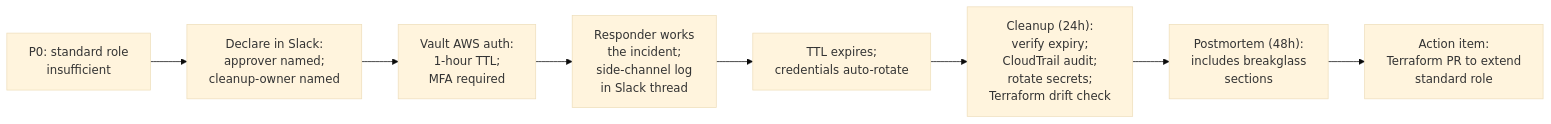
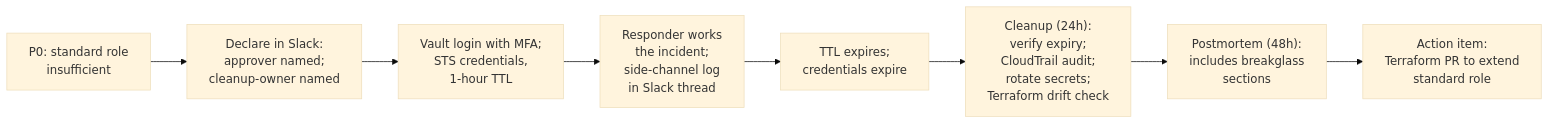
The second of 2 diagrams in full-guide/15-day-to-day-production-ops/09-hotfix-workflow-and-breakglass.md (abd-ulbasit/bookstore-kubernetes-guide), drawn with Mermaid (base theme) before and after one commit. The commit also changed other lines of this file and 3 other files, not shown here.

````diff
--- a/full-guide/15-day-to-day-production-ops/09-hotfix-workflow-and-breakglass.md
+++ b/full-guide/15-day-to-day-production-ops/09-hotfix-workflow-and-breakglass.md
@@ -201,13 +235,13 @@
 ```mermaid
 flowchart LR
     p0["P0: standard role<br/>insufficient"]
     declare["Declare in Slack:<br/>approver named;<br/>cleanup-owner named"]
-    assume["Vault AWS auth:<br/>1-hour TTL;<br/>MFA required"]
+    assume["Vault login with MFA;<br/>STS credentials,<br/>1-hour TTL"]
     work["Responder works<br/>the incident;<br/>side-channel log<br/>in Slack thread"]
-    expire["TTL expires;<br/>credentials auto-rotate"]
+    expire["TTL expires;<br/>credentials expire"]
     cleanup["Cleanup (24h):<br/>verify expiry;<br/>CloudTrail audit;<br/>rotate secrets;<br/>Terraform drift check"]
     pm["Postmortem (48h):<br/>includes breakglass<br/>sections"]
     fix["Action item:<br/>Terraform PR to extend<br/>standard role"]
 
     p0 --> declare --> assume --> work --> expire --> cleanup --> pm --> fix
 ```
````
